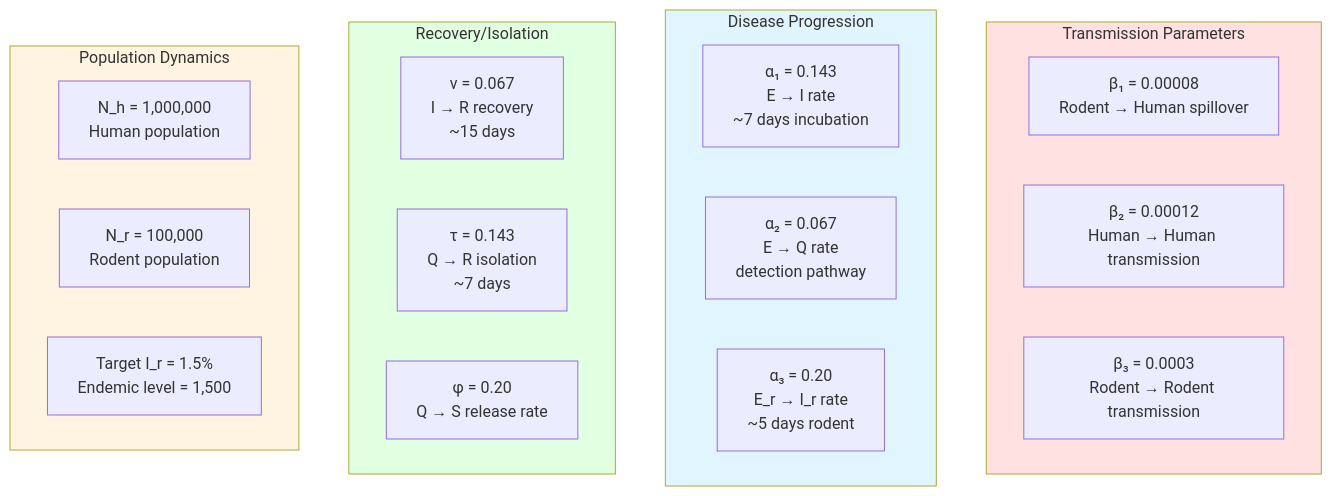
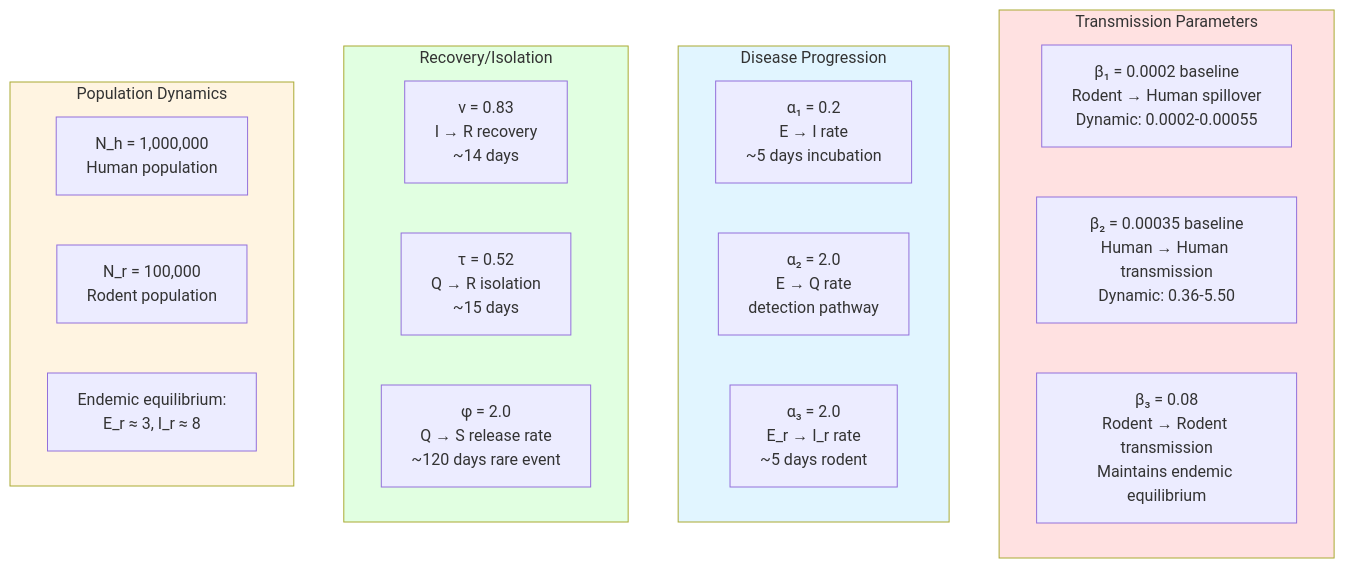
The sixth of 8 diagrams in ARCHITECTURE.md (minhlol/approximationthingies), drawn with Mermaid before and after one commit. The commit also changed other lines of this file and 8 other files, not shown here.

````diff
--- a/ARCHITECTURE.md
+++ b/ARCHITECTURE.md
@@ -139,31 +151,31 @@
 ```mermaid
 graph TB
     subgraph Transmission["Transmission Parameters"]
-        B1[β₁ = 0.00008<br/>Rodent → Human spillover]
-        B2[β₂ = 0.00012<br/>Human → Human transmission]
-        B3[β₃ = 0.0003<br/>Rodent → Rodent transmission]
+        B1[β₁ = 0.0002 baseline<br/>Rodent → Human spillover<br/>Dynamic: 0.0002-0.00055]
+        B2[β₂ = 0.00035 baseline<br/>Human → Human transmission<br/>Dynamic: 0.36-5.50]
+        B3[β₃ = 0.08<br/>Rodent → Rodent transmission<br/>Maintains endemic equilibrium]
     end
     
     subgraph Progression["Disease Progression"]
-        A1[α₁ = 0.143<br/>E → I rate<br/>~7 days incubation]
-        A2[α₂ = 0.067<br/>E → Q rate<br/>detection pathway]
-        A3[α₃ = 0.20<br/>E_r → I_r rate<br/>~5 days rodent]
+        A1[α₁ = 0.2<br/>E → I rate<br/>~5 days incubation]
+        A2[α₂ = 2.0<br/>E → Q rate<br/>detection pathway]
+        A3[α₃ = 2.0<br/>E_r → I_r rate<br/>~5 days rodent]
     end
     
     subgraph Recovery["Recovery/Isolation"]
-        Nu[ν = 0.067<br/>I → R recovery<br/>~15 days]
-        Tau[τ = 0.143<br/>Q → R isolation<br/>~7 days]
-        Phi[φ = 0.20<br/>Q → S release rate]
+        Nu[ν = 0.83<br/>I → R recovery<br/>~14 days]
+        Tau[τ = 0.52<br/>Q → R isolation<br/>~15 days]
+        Phi[φ = 2.0<br/>Q → S release rate<br/>~120 days rare event]
     end
     
     subgraph Population["Population Dynamics"]
         Nh[N_h = 1,000,000<br/>Human population]
         Nr[N_r = 100,000<br/>Rodent population]
-        Target[Target I_r = 1.5%<br/>Endemic level = 1,500]
+        Endemic[Endemic equilibrium:<br/>E_r ≈ 3, I_r ≈ 8]
     end
     
     style Transmission fill:#ffe1e1
     style Progression fill:#e1f5ff
     style Recovery fill:#e1ffe1
     style Population fill:#fff4e1
 ```
````
